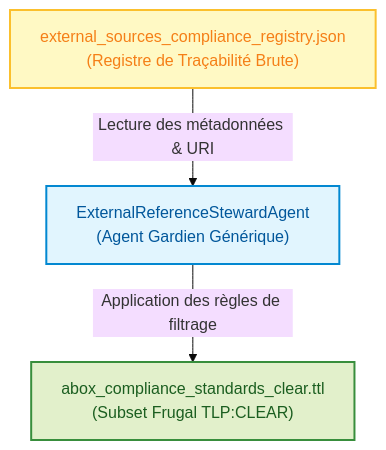
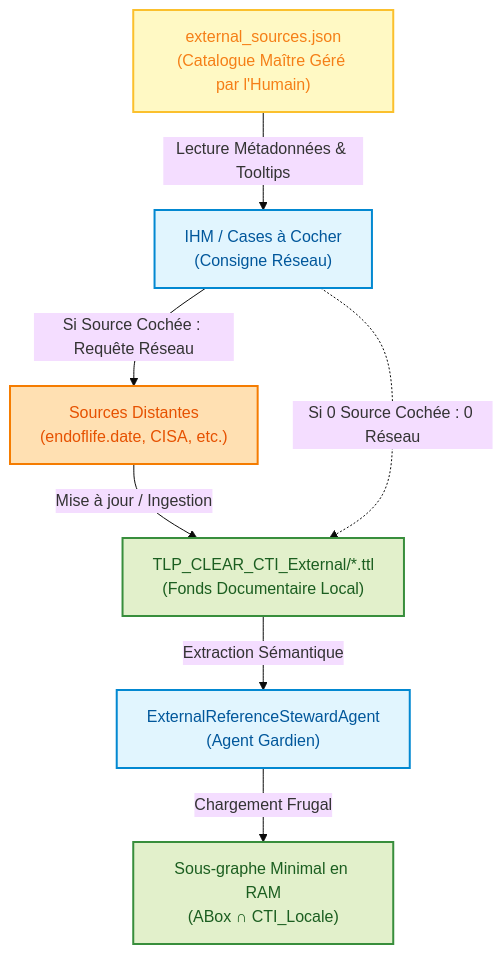
One commit to AlbanLher/Dkg-cybersec changed the diagram in 01-Principes_Spécifications/TRANSVERSAL/SPC-FWK-P8_Agent_Gardien_RefExt_01.md. Above: the diagram before and after it, drawn with Mermaid (base theme). The commit also changed other lines of this file and 71 other files, not shown here.

````diff
--- a/01-Principes_Spécifications/TRANSVERSAL/SPC-FWK-P8_Agent_Gardien_RefExt_01.md
+++ b/01-Principes_Spécifications/TRANSVERSAL/SPC-FWK-P8_Agent_Gardien_RefExt_01.md
@@ -46,13 +46,21 @@
 ```mermaid
 graph TD
     classDef clear fill:#e2f0cb,stroke:#388e3c,stroke-width:2px,color:#1b5e20;
     classDef process fill:#e1f5fe,stroke:#0288d1,stroke-width:2px,color:#01579b;
     classDef registry fill:#fff9c4,stroke:#fbc02d,stroke-width:2px,color:#f57f17;
+    classDef web fill:#ffe0b2,stroke:#f57c00,stroke-width:2px,color:#e65100;
 
-    Registry["external_sources_compliance_registry.json<br>(Registre de Traçabilité Brute)"]:::registry
-    Steward["ExternalReferenceStewardAgent<br>(Agent Gardien Générique)"]:::process
-    Subset["abox_compliance_standards_clear.ttl<br>(Subset Frugal TLP:CLEAR)"]:::clear
+    Catalog["external_sources.json<br>(Catalogue Maître Géré par l'Humain)"]:::registry
+    IHM["IHM / Cases à Cocher<br>(Consigne Réseau)"]:::process
+    WebExt["Sources Distantes<br>(endoflife.date, CISA, etc.)"]:::web
+    Steward["ExternalReferenceStewardAgent<br>(Agent Gardien)"]:::process
+    LocalTTL["TLP_CLEAR_CTI_External/*.ttl<br>(Fonds Documentaire Local)"]:::clear
+    RAMSubset["Sous-graphe Minimal en RAM<br>(ABox ∩ CTI_Locale)"]:::clear
 
-    Registry -->|Lecture des métadonnées & URI| Steward
-    Steward -->|Application des règles de filtrage| Subset
+    Catalog -->|Lecture Métadonnées & Tooltips| IHM
+    IHM -->|Si Source Cochée : Requête Réseau| WebExt
+    WebExt -->|Mise à jour / Ingestion| LocalTTL
+    IHM -.->|Si 0 Source Cochée : 0 Réseau| LocalTTL
+    LocalTTL -->|Extraction Sémantique| Steward
+    Steward -->|Chargement Frugal| RAMSubset
 ```
````
